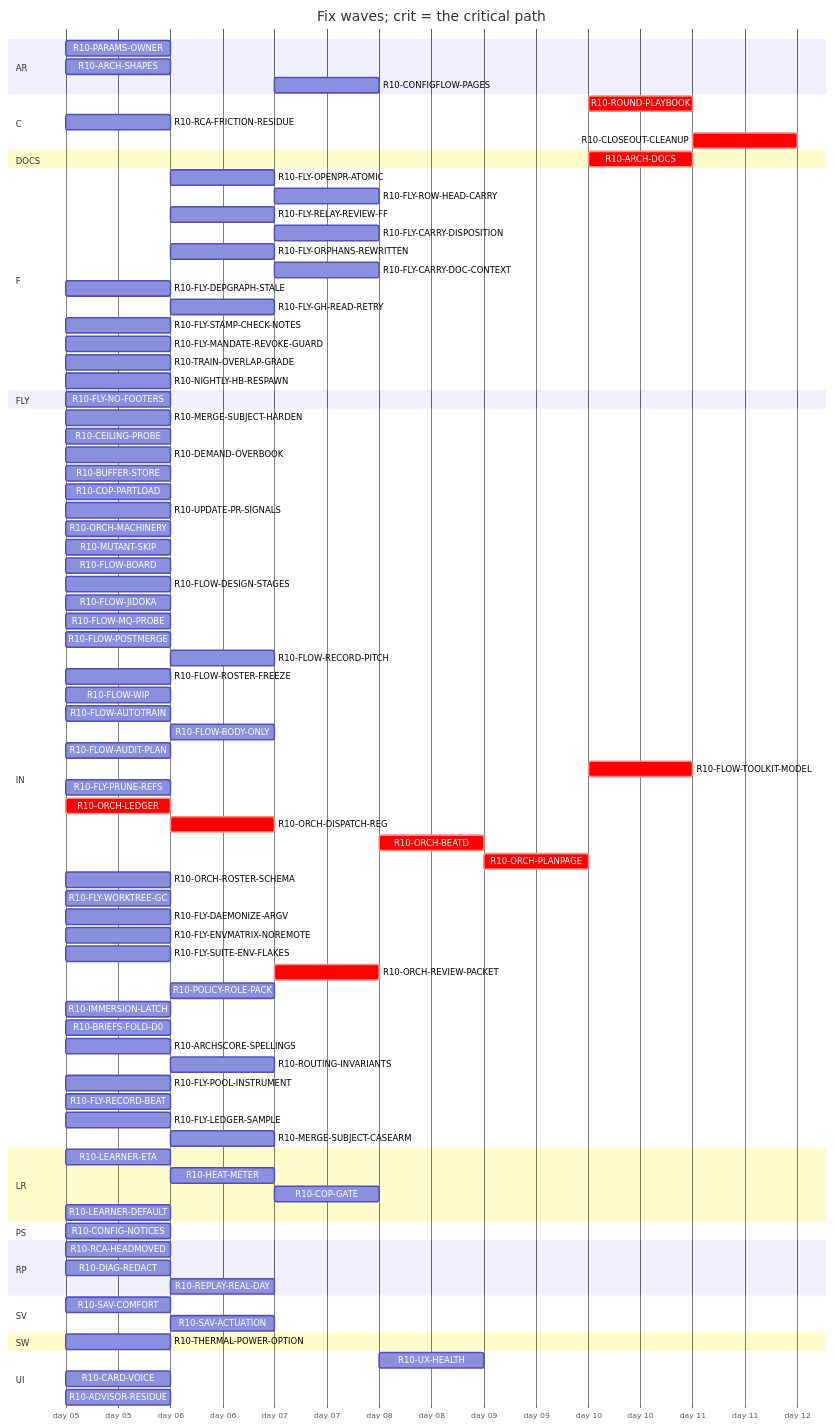
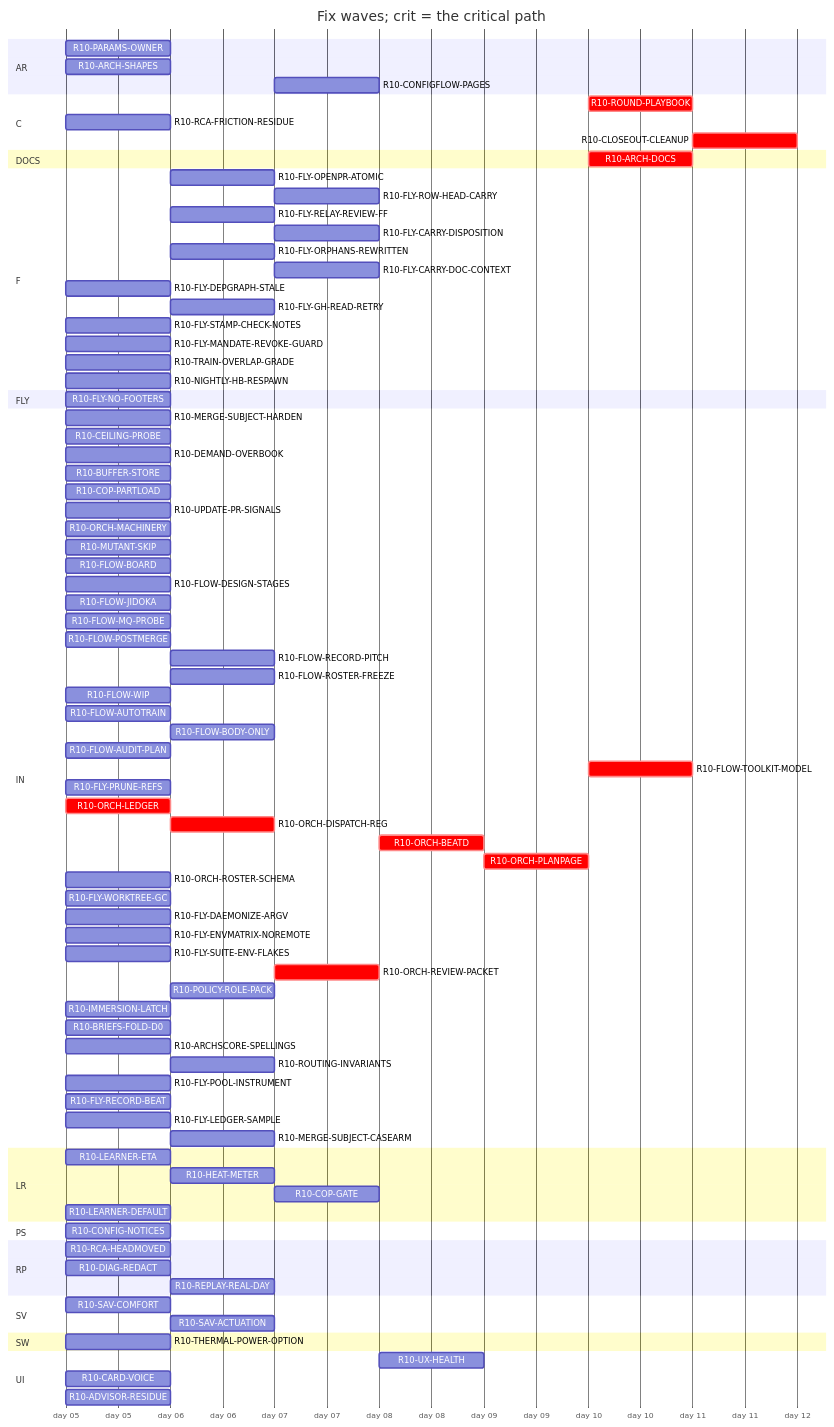
The diagram in handoff/round10/state/PLAN-TABLE.md (tvofi/heatpump_optimizer), drawn with Mermaid before and after one commit. The commit also changed other lines of this file and 2 other files, not shown here.

```diff
--- a/handoff/round10/state/PLAN-TABLE.md
+++ b/handoff/round10/state/PLAN-TABLE.md
@@ -67,7 +67,7 @@
     R10-FLOW-MQ-PROBE :r10FLOWMQPROBE, 2026-01-05, 1d
     R10-FLOW-POSTMERGE :r10FLOWPOSTMERGE, 2026-01-05, 1d
     R10-FLOW-RECORD-PITCH :r10FLOWRECORDPITCH, after r10FLOWMQPROBE, 1d
-    R10-FLOW-ROSTER-FREEZE :r10FLOWROSTERFREEZE, 2026-01-05, 1d
+    R10-FLOW-ROSTER-FREEZE :r10FLOWROSTERFREEZE, after r10UPDATEPRSIGNALS, 1d
     R10-FLOW-WIP :r10FLOWWIP, 2026-01-05, 1d
     R10-FLOW-AUTOTRAIN :r10FLOWAUTOTRAIN, 2026-01-05, 1d
     R10-FLOW-BODY-ONLY :r10FLOWBODYONLY, after r10UPDATEPRSIGNALS, 1d
```
